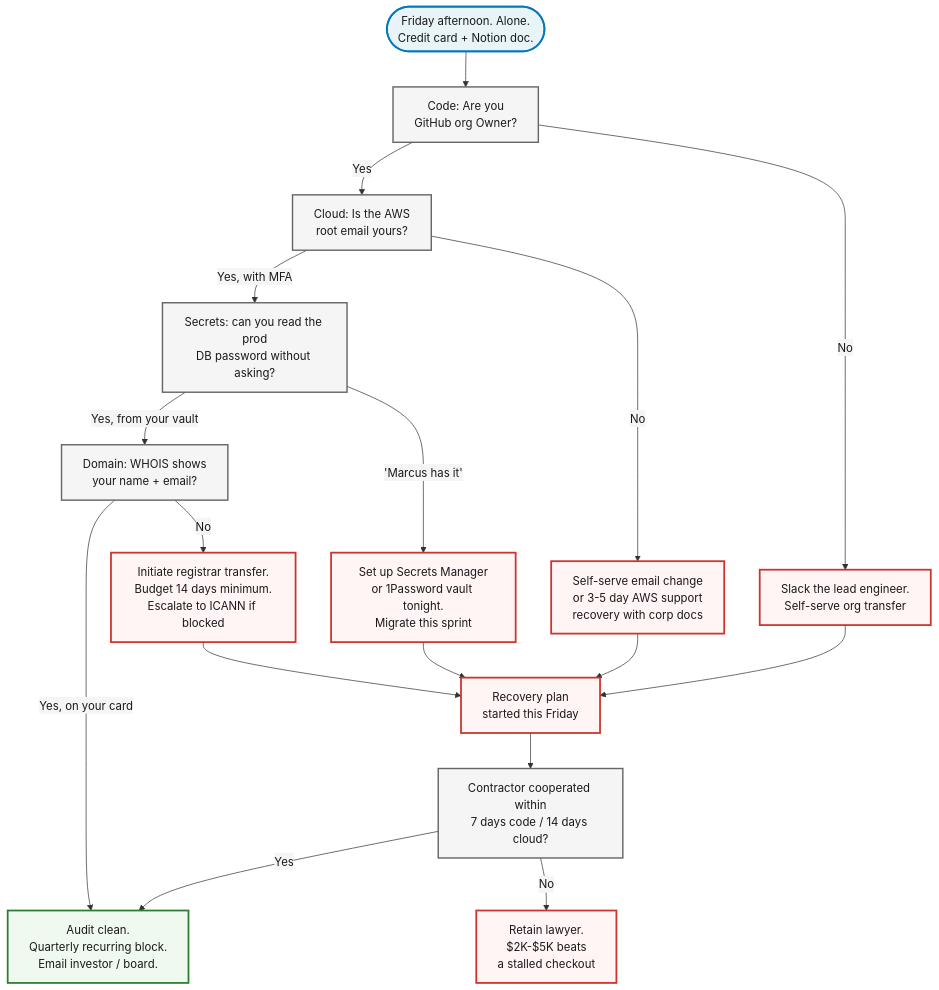
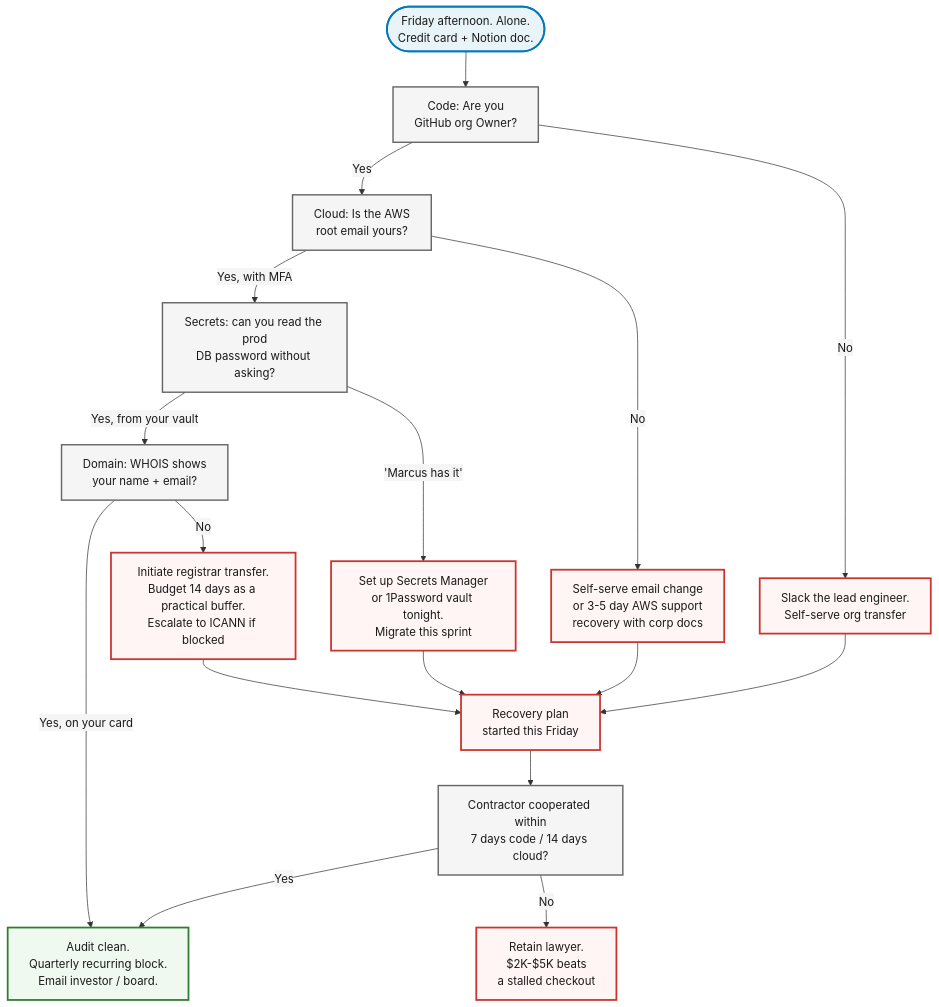
One commit to jetthoughts/jetthoughts.github.io changed the diagram in content/course/tech-for-non-technical-founders-2026/github-aws-database-ownership-checklist/index.md. Above: the diagram before and after it, drawn with Mermaid. The commit also changed other lines of this file and 13 other files, not shown here.

````diff
--- a/content/course/tech-for-non-technical-founders-2026/github-aws-database-ownership-checklist/index.md
+++ b/content/course/tech-for-non-technical-founders-2026/github-aws-database-ownership-checklist/index.md
@@ -121,36 +121,36 @@
 ```mermaid
 %%{init: {'theme':'base', 'themeVariables': {'fontFamily':'Caveat, Patrick Hand, cursive', 'primaryColor':'#f5f5f5', 'primaryBorderColor':'#666', 'lineColor':'#333', 'primaryTextColor':'#1a1a1a'}}}%%
 flowchart TD
     Start(["Friday afternoon. Alone.<br/>Credit card + Notion doc."])
     Start --> Code["Code: Are you<br/>GitHub org Owner?"]
     Code -->|Yes| Cloud["Cloud: Is the AWS<br/>root email yours?"]
     Code -->|No| FixCode[Slack the lead engineer.<br/>Self-serve org transfer]
 
     Cloud -->|Yes, with MFA| Sec["Secrets: can you read the prod<br/>DB password without asking?"]
     Cloud -->|No| FixCloud[Self-serve email change<br/>or 3-5 day AWS support<br/>recovery with corp docs]
 
     Sec -->|Yes, from your vault| Dom["Domain: WHOIS shows<br/>your name + email?"]
     Sec -->|"'Marcus has it'"| FixSec[Set up Secrets Manager<br/>or 1Password vault tonight.<br/>Migrate this sprint]
 
     Dom -->|Yes, on your card| Pass[Audit clean.<br/>Quarterly recurring block.<br/>Email investor / board.]
-    Dom -->|No| FixDom[Initiate registrar transfer.<br/>Budget 14 days minimum.<br/>Escalate to ICANN if blocked]
+    Dom -->|No| FixDom[Initiate registrar transfer.<br/>Budget 14 days as a practical buffer.<br/>Escalate to ICANN if blocked]
 
     FixCode --> Recovery[Recovery plan<br/>started this Friday]
     FixCloud --> Recovery
     FixSec --> Recovery
     FixDom --> Recovery
 
     Recovery --> Escalate["Contractor cooperated within<br/>7 days code / 14 days cloud?"]
     Escalate -->|Yes| Pass
     Escalate -->|No| Lawyer[Retain lawyer.<br/>$2K-$5K beats<br/>a stalled checkout]
 
     classDef good fill:#f0f9f0,stroke:#2e7d32,stroke-width:2.5px,color:#1a1a1a
     classDef bad  fill:#fff5f5,stroke:#cc342d,stroke-width:2.5px,color:#1a1a1a
     classDef neutral fill:#f5f5f5,stroke:#666,stroke-width:2px,color:#1a1a1a
     classDef start fill:#e8f4f8,stroke:#0277bd,stroke-width:2.5px,color:#1a1a1a
 
     class Start start
     class Code,Cloud,Sec,Dom,Escalate neutral
     class Pass good
     class FixCode,FixCloud,FixSec,FixDom,Recovery,Lawyer bad
 ```
````
